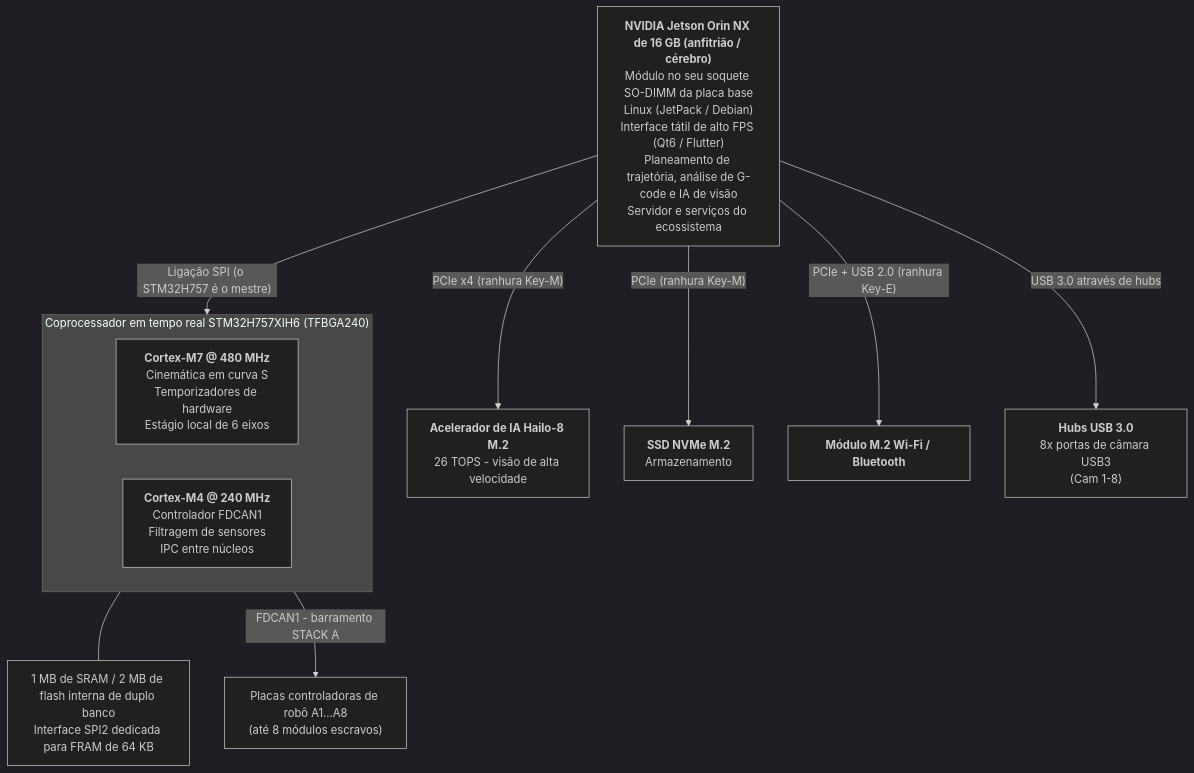
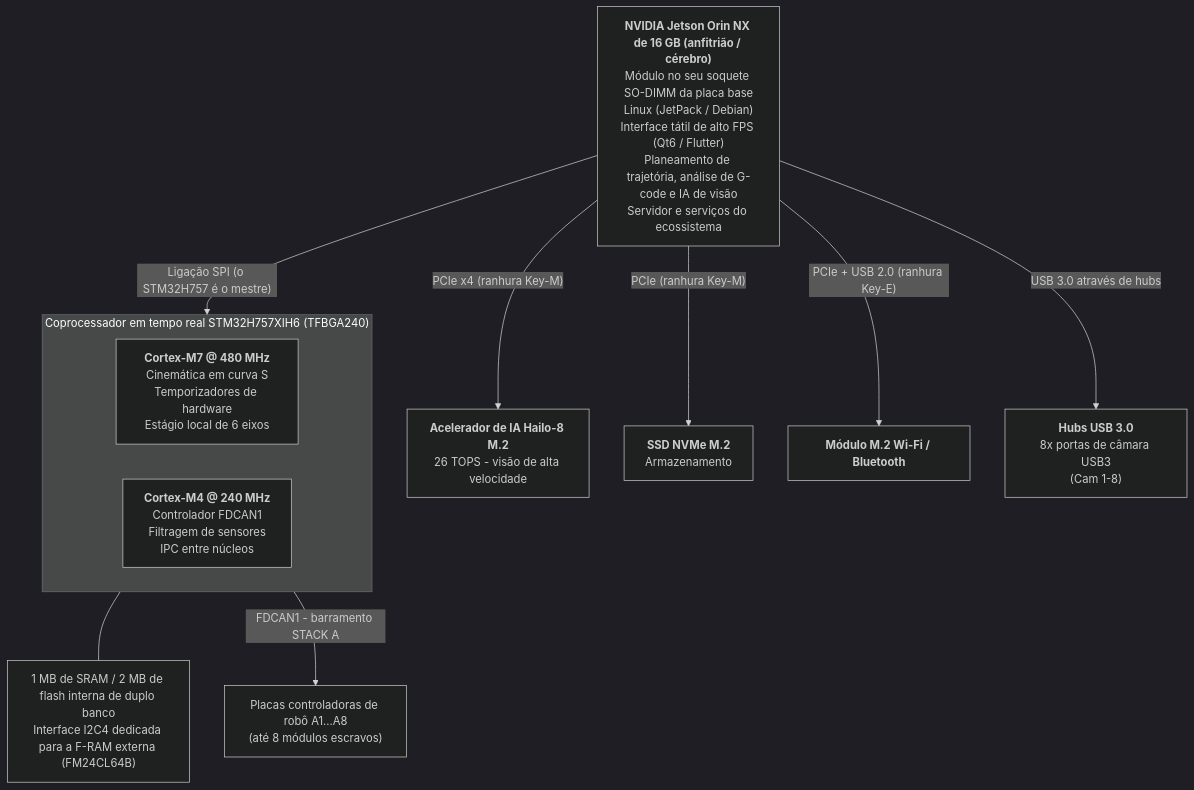
The first of 3 diagrams in README_por.md (JuanenRac/HYDRA-UMC), drawn with Mermaid (dark theme) before and after one commit. The commit also changed other lines of this file and 10 other files, not shown here.

Commit message:
README: F-RAM on I2C4 in the block diagram and host-neutral description of the OS image folder

````diff
--- a/README_por.md
+++ b/README_por.md
@@ -95,21 +95,21 @@
 ```mermaid
 flowchart TB
     JETSON["<b>NVIDIA Jetson Orin NX de 16 GB (anfitrião / cérebro)</b><br/>Módulo no seu soquete SO-DIMM da placa base<br/>Linux (JetPack / Debian)<br/>Interface tátil de alto FPS (Qt6 / Flutter)<br/>Planeamento de trajetória, análise de G-code e IA de visão<br/>Servidor e serviços do ecossistema"]
 
     JETSON -- "PCIe x4 (ranhura Key-M)" --> HAILO8["<b>Acelerador de IA Hailo-8 M.2</b><br/>26 TOPS - visão de alta velocidade"]
     JETSON -- "PCIe (ranhura Key-M)" --> NVME["<b>SSD NVMe M.2</b><br/>Armazenamento"]
     JETSON -- "PCIe + USB 2.0 (ranhura Key-E)" --> WIFI["<b>Módulo M.2 Wi-Fi / Bluetooth</b>"]
     JETSON -- "USB 3.0 através de hubs" --> HUBS["<b>Hubs USB 3.0</b><br/>8x portas de câmara USB3<br/>(Cam 1-8)"]
 
     JETSON -- "Ligação SPI (o STM32H757 é o mestre)" --> MCU
 
     subgraph MCU["Coprocessador em tempo real STM32H757XIH6 (TFBGA240)"]
         direction LR
         CM7["<b>Cortex-M7 @ 480 MHz</b><br/>Cinemática em curva S<br/>Temporizadores de hardware<br/>Estágio local de 6 eixos"]
         CM4["<b>Cortex-M4 @ 240 MHz</b><br/>Controlador FDCAN1<br/>Filtragem de sensores<br/>IPC entre núcleos"]
     end
-    MEM["1 MB de SRAM / 2 MB de flash interna de duplo banco<br/>Interface SPI2 dedicada para FRAM de 64 KB"]
+    MEM["1 MB de SRAM / 2 MB de flash interna de duplo banco<br/>Interface I2C4 dedicada para a F-RAM externa (FM24CL64B)"]
     MCU --- MEM
 
     MCU -- "FDCAN1 - barramento STACK A" --> ROBOTS["Placas controladoras de robô A1...A8<br/>(até 8 módulos escravos)"]
 ```
````
